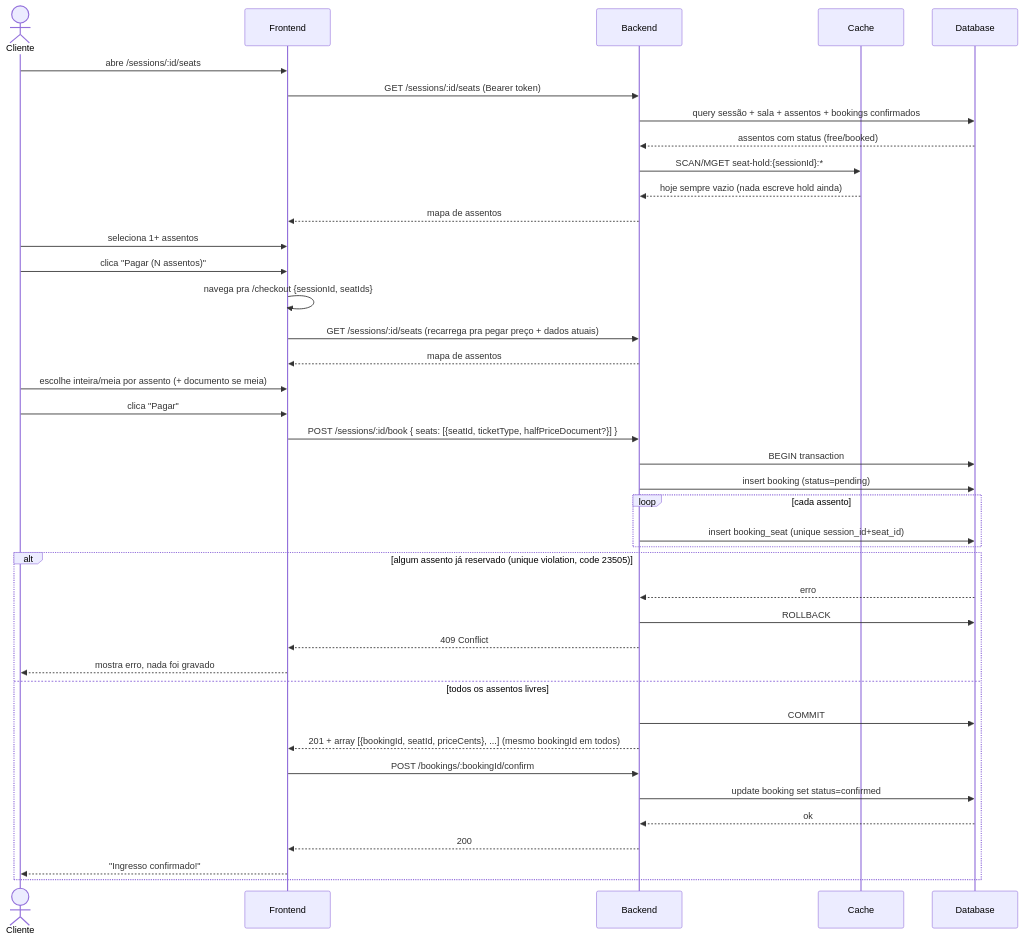
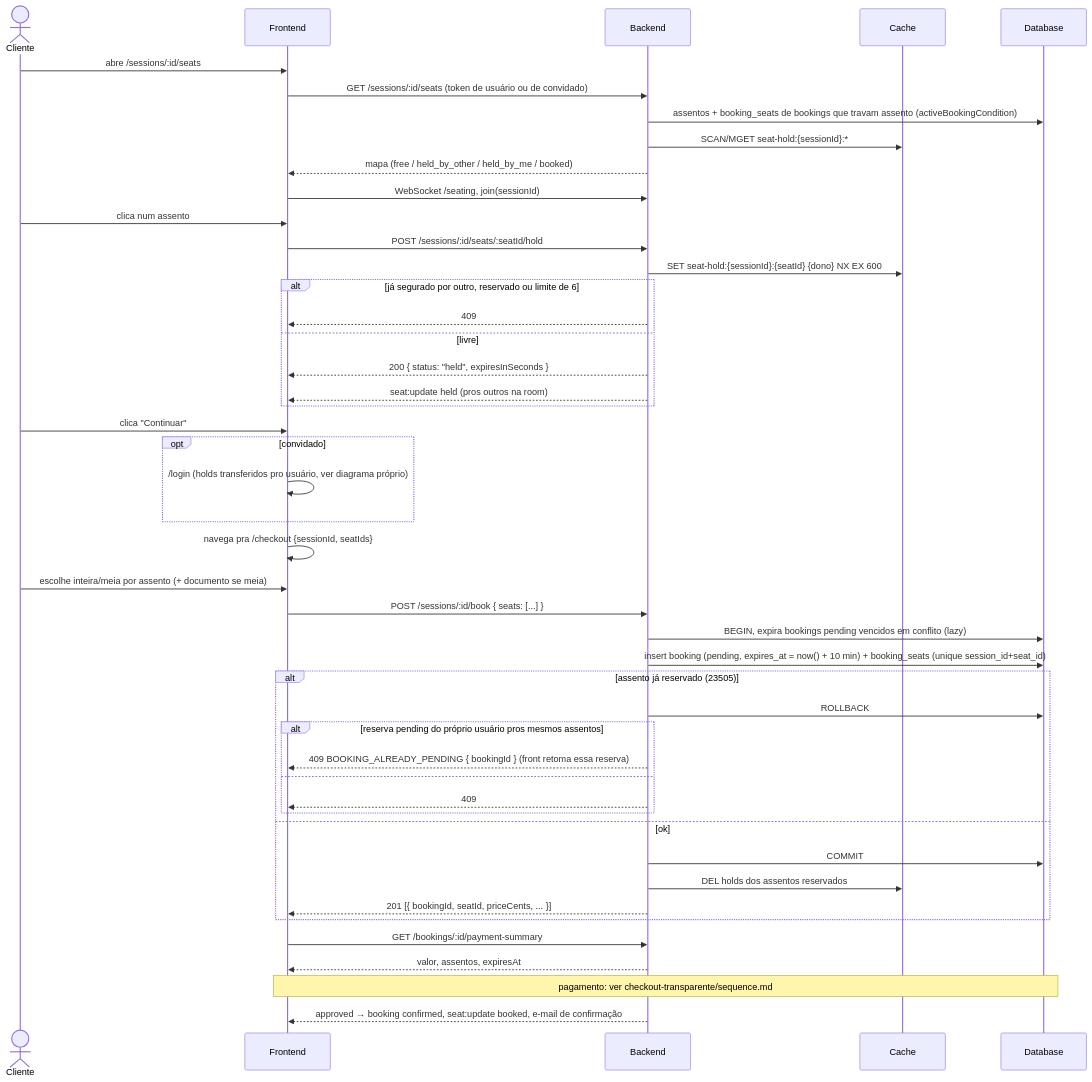
The diagram in docs/flows/booking/sequence.md (D4rkM/movietickets), drawn with Mermaid before and after one commit. The commit also changed other lines of this file and 14 other files, not shown here.

````diff
--- a/docs/flows/booking/sequence.md
+++ b/docs/flows/booking/sequence.md
@@ -7,46 +10,52 @@
 ```mermaid
 sequenceDiagram
     actor Cliente
     participant Frontend
     participant Backend
     participant Cache
     participant Database
 
     Cliente->>Frontend: abre /sessions/:id/seats
-    Frontend->>Backend: GET /sessions/:id/seats (Bearer token)
-    Backend->>Database: query sessão + sala + assentos + bookings confirmados
-    Database-->>Backend: assentos com status (free/booked)
+    Frontend->>Backend: GET /sessions/:id/seats (token de usuário ou de convidado)
+    Backend->>Database: assentos + booking_seats de bookings que travam assento (activeBookingCondition)
     Backend->>Cache: SCAN/MGET seat-hold:{sessionId}:*
-    Cache-->>Backend: hoje sempre vazio (nada escreve hold ainda)
-    Backend-->>Frontend: mapa de assentos
-    Cliente->>Frontend: seleciona 1+ assentos
-    Cliente->>Frontend: clica "Pagar (N assentos)"
+    Backend-->>Frontend: mapa (free / held_by_other / held_by_me / booked)
+    Frontend->>Backend: WebSocket /seating, join(sessionId)
+
+    Cliente->>Frontend: clica num assento
+    Frontend->>Backend: POST /sessions/:id/seats/:seatId/hold
+    Backend->>Cache: SET seat-hold:{sessionId}:{seatId} {dono} NX EX 600
+    alt já segurado por outro, reservado ou limite de 6
+        Backend-->>Frontend: 409
+    else livre
+        Backend-->>Frontend: 200 { status: "held", expiresInSeconds }
+        Backend-->>Frontend: seat:update held (pros outros na room)
+    end
+
+    Cliente->>Frontend: clica "Continuar"
+    opt convidado
+        Frontend->>Frontend: /login (holds transferidos pro usuário, ver diagrama próprio)
+    end
     Frontend->>Frontend: navega pra /checkout {sessionId, seatIds}
+    Cliente->>Frontend: escolhe inteira/meia por assento (+ documento se meia)
+    Frontend->>Backend: POST /sessions/:id/book { seats: [...] }
+    Backend->>Database: BEGIN, expira bookings pending vencidos em conflito (lazy)
+    Backend->>Database: insert booking (pending, expires_at = now() + 10 min) + booking_seats (unique session_id+seat_id)
+    alt assento já reservado (23505)
+        Backend->>Database: ROLLBACK
+        alt reserva pending do próprio usuário pros mesmos assentos
+            Backend-->>Frontend: 409 BOOKING_ALREADY_PENDING { bookingId } (front retoma essa reserva)
+        else
+            Backend-->>Frontend: 409
+        end
+    else ok
+        Backend->>Database: COMMIT
+        Backend->>Cache: DEL holds dos assentos reservados
+        Backend-->>Frontend: 201 [{ bookingId, seatId, priceCents, ... }]
+    end
 
-    Frontend->>Backend: GET /sessions/:id/seats (recarrega pra pegar preço + dados atuais)
-    Backend-->>Frontend: mapa de assentos
-    Cliente->>Frontend: escolhe inteira/meia por assento (+ documento se meia)
-    Cliente->>Frontend: clica "Pagar"
-
-    Frontend->>Backend: POST /sessions/:id/book { seats: [{seatId, ticketType, halfPriceDocument?}] }
-    Backend->>Database: BEGIN transaction
-    Backend->>Database: insert booking (status=pending)
-    loop cada assento
-        Backend->>Database: insert booking_seat (unique session_id+seat_id)
-    end
-    alt algum assento já reservado (unique violation, code 23505)
-        Database-->>Backend: erro
-        Backend->>Database: ROLLBACK
-        Backend-->>Frontend: 409 Conflict
-        Frontend-->>Cliente: mostra erro, nada foi gravado
-    else todos os assentos livres
-        Backend->>Database: COMMIT
-        Backend-->>Frontend: 201 + array [{bookingId, seatId, priceCents}, ...] (mesmo bookingId em todos)
-
-        Frontend->>Backend: POST /bookings/:bookingId/confirm
-        Backend->>Database: update booking set status=confirmed
-        Database-->>Backend: ok
-        Backend-->>Frontend: 200
-        Frontend-->>Cliente: "Ingresso confirmado!"
-    end
+    Frontend->>Backend: GET /bookings/:id/payment-summary
+    Backend-->>Frontend: valor, assentos, expiresAt
+    Note over Frontend,Database: pagamento: ver checkout-transparente/sequence.md
+    Backend-->>Frontend: approved → booking confirmed, seat:update booked, e-mail de confirmação
 ```
````
